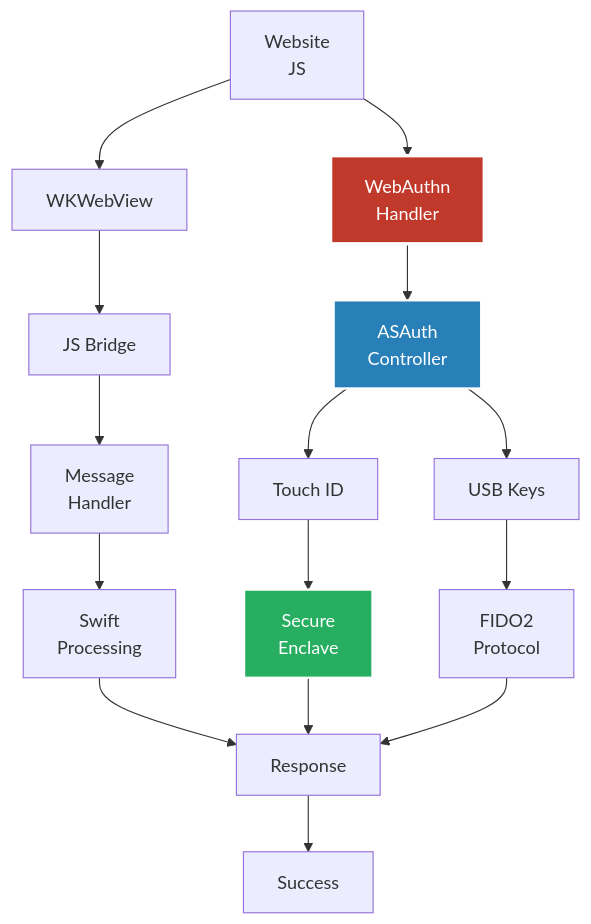
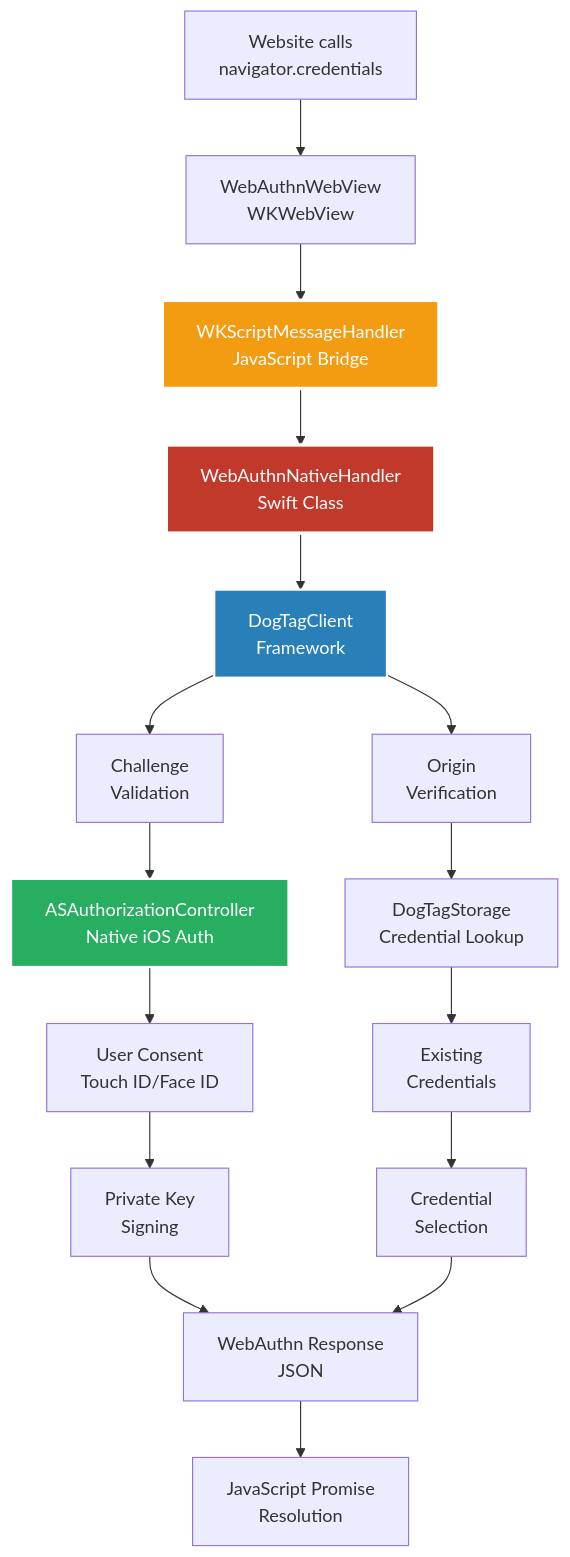
The sixth of 7 diagrams in README.md (webauthnai/Web-Man), drawn with Mermaid before and after one commit. The commit also changed other lines of this file, not shown here.

````diff
--- a/README.md
+++ b/README.md
@@ -288,25 +288,29 @@
 ```mermaid
 graph TD
-    A[Website<br/>JS] --> B[WKWebView]
-    A --> C[WebAuthn<br/>Handler]
+    A[Website calls<br/>navigator.credentials] --> B[WebAuthnWebView<br/>WKWebView]
+    B --> C[WKScriptMessageHandler<br/>JavaScript Bridge]
     
-    B --> D[JS Bridge]
-    C --> E[ASAuth<br/>Controller]
+    C --> D[WebAuthnNativeHandler<br/>Swift Class]
+    D --> E[DogTagClient<br/>Framework]
     
-    D --> F[Message<br/>Handler]
-    E --> G[Touch ID]
-    E --> H[USB Keys]
+    E --> F[Challenge<br/>Validation]
+    E --> G[Origin<br/>Verification]
     
-    F --> I[Swift<br/>Processing]
-    G --> J[Secure<br/>Enclave]
-    H --> K[FIDO2<br/>Protocol]
+    F --> H[ASAuthorizationController<br/>Native iOS Auth]
+    G --> I[DogTagStorage<br/>Credential Lookup]
     
-    I --> L[Response]
-    J --> L
-    K --> L
-    L --> M[Success]
+    H --> J[User Consent<br/>Touch ID/Face ID]
+    I --> K[Existing<br/>Credentials]
     
-    style C fill:#c0392b,stroke:#fff,stroke-width:3px,color:#fff
+    J --> L[Private Key<br/>Signing]
+    K --> M[Credential<br/>Selection]
+    
+    L --> N[WebAuthn Response<br/>JSON]
+    M --> N
+    N --> O[JavaScript Promise<br/>Resolution]
+    
+    style C fill:#f39c12,stroke:#fff,stroke-width:3px,color:#fff
+    style D fill:#c0392b,stroke:#fff,stroke-width:3px,color:#fff
     style E fill:#2980b9,stroke:#fff,stroke-width:2px,color:#fff
-    style J fill:#27ae60,stroke:#fff,stroke-width:2px,color:#fff
+    style H fill:#27ae60,stroke:#fff,stroke-width:2px,color:#fff
 ```
````
